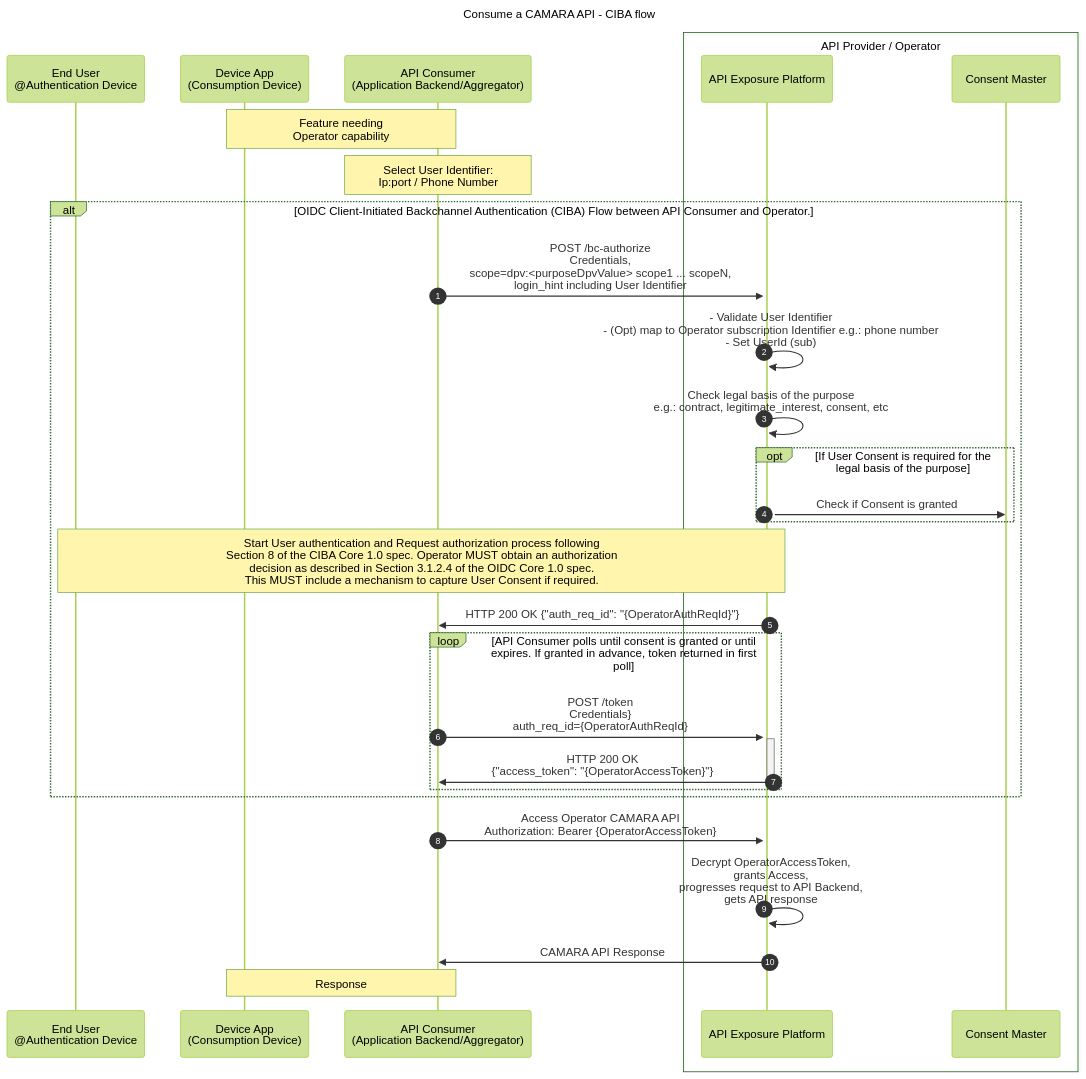
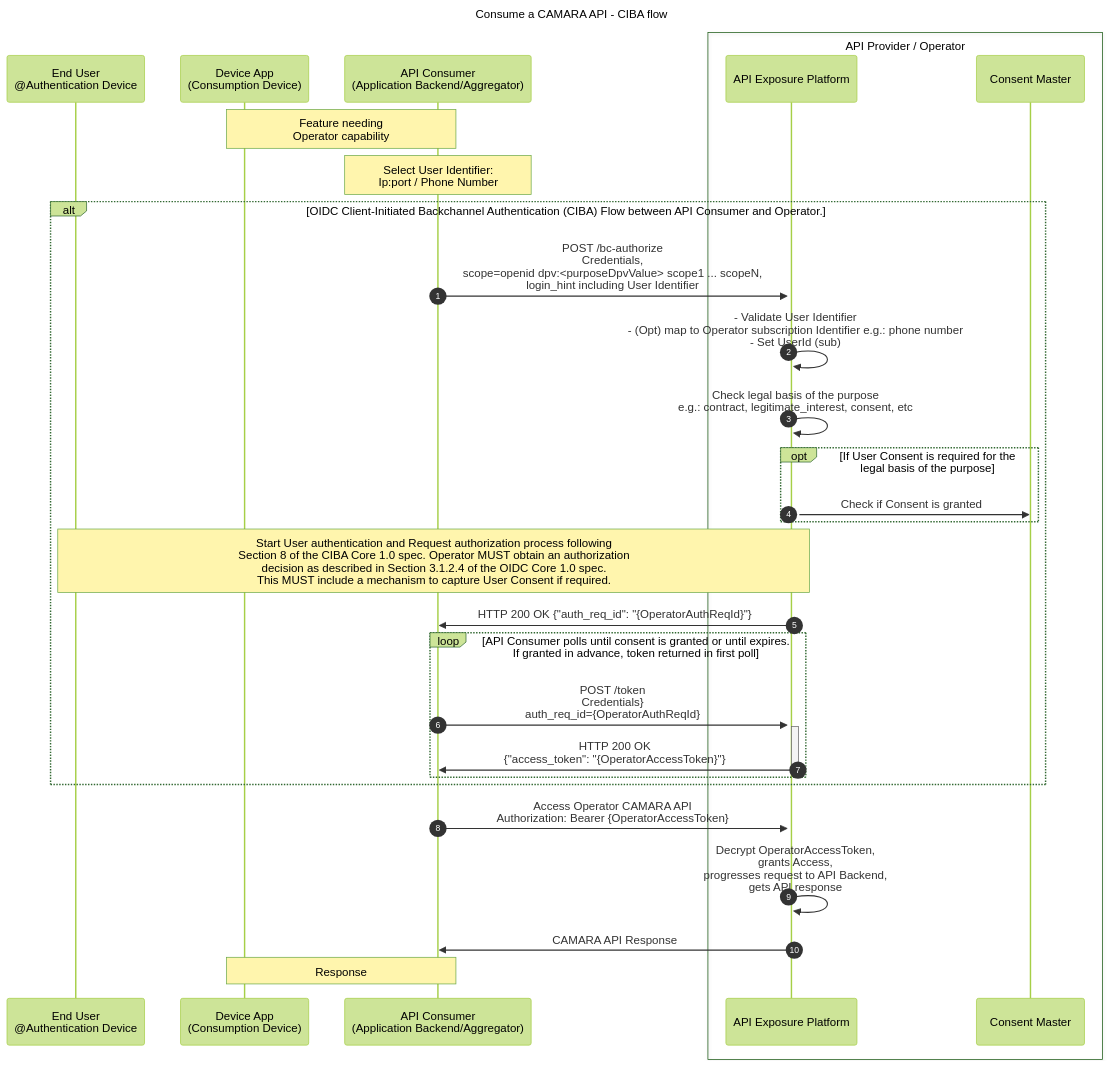
One commit to camaraproject/IdentityAndConsentManagement changed the second of 4 diagrams in documentation/CAMARA-API-access-and-user-consent.md. Above: the diagram before and after it, drawn with Mermaid (forest theme). The commit also changed other lines of this file, not shown here.

First line of the commit message:
Update CAMARA-API-access-and-user-consent.md

````diff
--- a/documentation/CAMARA-API-access-and-user-consent.md
+++ b/documentation/CAMARA-API-access-and-user-consent.md
@@ -200,34 +200,34 @@
 ```mermaid
 sequenceDiagram
 autonumber
 title Consume a CAMARA API - CIBA flow
 participant User as End User<br>@Authentication Device
 participant FE as Device App<br>(Consumption Device)
 participant BE as API Consumer<br>(Application Backend/Aggregator)  
 box API Provider / Operator
   participant ExpO as API Exposure Platform  
   participant Consent as Consent Master
 end
 
 Note over FE,BE: Feature needing<br>Operator capability  
 Note over BE: Select User Identifier:<br>Ip:port / Phone Number  
 
 alt OIDC Client-Initiated Backchannel Authentication (CIBA) Flow between API Consumer and Operator.
-  BE->>+ExpO: POST /bc-authorize<br> Credentials,<br>scope=dpv:<purposeDpvValue> scope1 ... scopeN,<br>login_hint including User Identifier    
+  BE->>+ExpO: POST /bc-authorize<br> Credentials,<br>scope=openid dpv:<purposeDpvValue> scope1 ... scopeN,<br>login_hint including User Identifier    
   ExpO->>ExpO: - Validate User Identifier<br>- (Opt) map to Operator subscription Identifier e.g.: phone number<br>- Set UserId (sub)  
   ExpO->>ExpO: Check legal basis of the purpose<br> e.g.: contract, legitimate_interest, consent, etc
   opt If User Consent is required for the legal basis of the purpose  
     ExpO->>Consent: Check if Consent is granted
   end
   Note over ExpO,User: Start User authentication and Request authorization process following<br>Section 8 of the CIBA Core 1.0 spec. Operator MUST obtain an authorization<br> decision as described in Section 3.1.2.4 of the OIDC Core 1.0 spec.<br>This MUST include a mechanism to capture User Consent if required.
   ExpO->>BE: HTTP 200 OK {"auth_req_id": "{OperatorAuthReqId}"}
   loop API Consumer polls until consent is granted or until expires. If granted in advance, token returned in first poll
     BE->>+ExpO: POST /token <br>Credentials}<br>auth_req_id={OperatorAuthReqId}    
     ExpO->>-BE: HTTP 200 OK <br>{"access_token": "{OperatorAccessToken}"}
   end  
 end
 BE->>ExpO: Access Operator CAMARA API<br>Authorization: Bearer {OperatorAccessToken}    
 ExpO->>ExpO: Decrypt OperatorAccessToken,<br>grants Access,<br>progresses request to API Backend,<br>gets API response  
 ExpO->>BE: CAMARA API Response
 Note over BE,FE: Response
 ```
````
